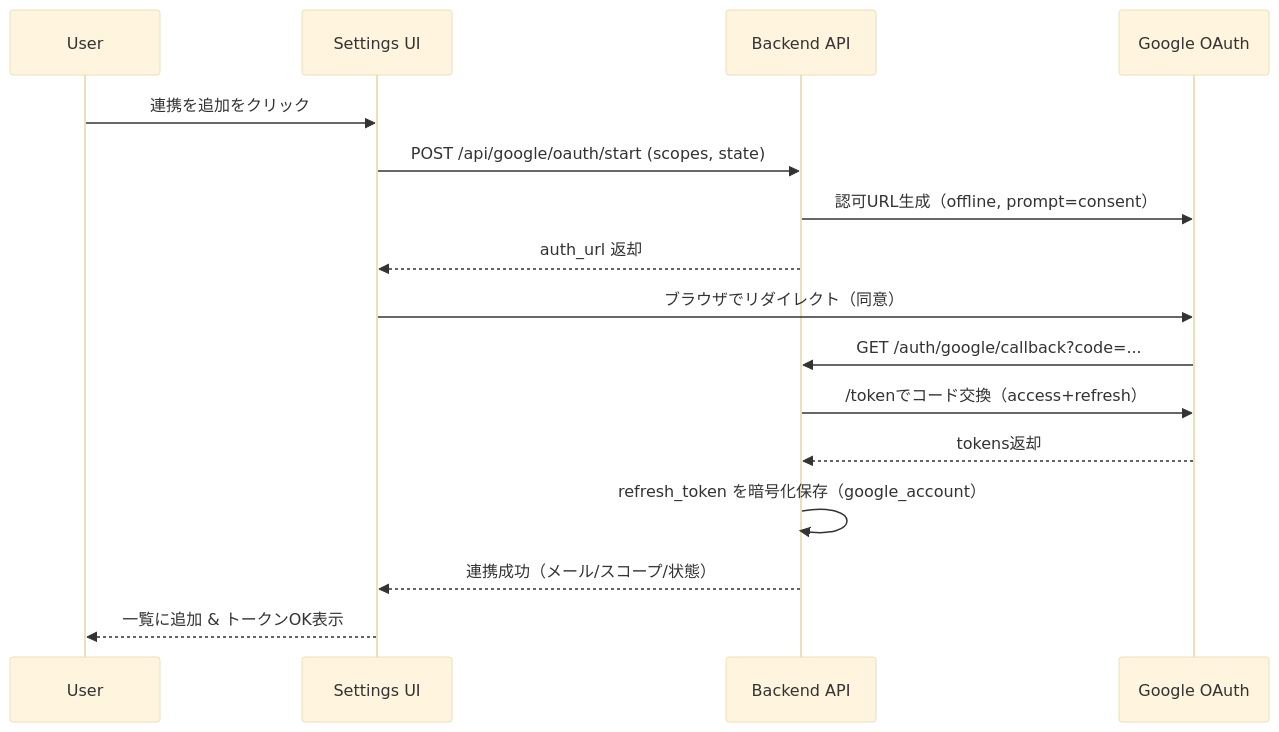
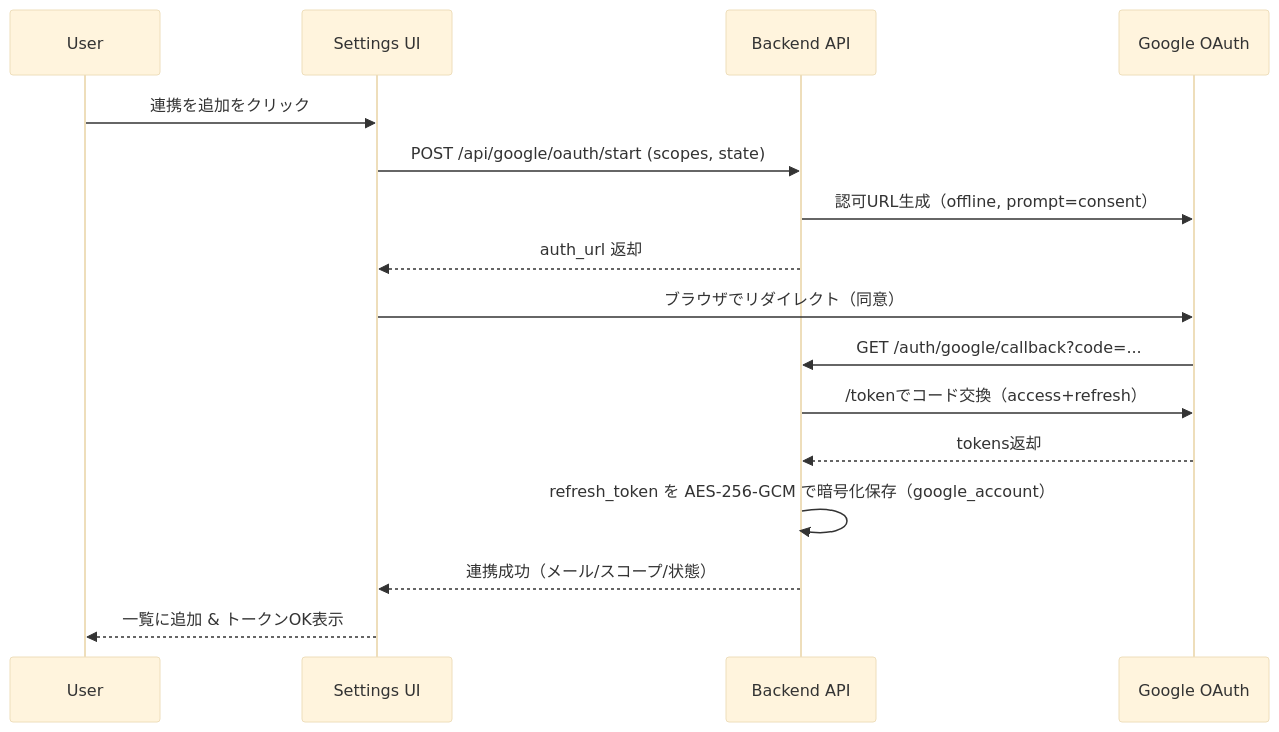
The third of 3 diagrams in requirements.md (kiyoteruhosoda/FlaskApp), drawn with Mermaid (base theme) before and after one commit. The commit also changed other lines of this file and 7 other files, not shown here.

````diff
--- a/requirements.md
+++ b/requirements.md
@@ -704,19 +704,19 @@
 ```mermaid
 sequenceDiagram
   participant U as User
   participant UI as Settings UI
   participant API as Backend API
   participant GA as Google OAuth
 
   U->>UI: 連携を追加をクリック
   UI->>API: POST /api/google/oauth/start (scopes, state)
   API->>GA: 認可URL生成（offline, prompt=consent）
   API-->>UI: auth_url 返却
   UI->>GA: ブラウザでリダイレクト（同意）
   GA->>API: GET /auth/google/callback?code=...
   API->>GA: /tokenでコード交換（access+refresh）
   GA-->>API: tokens返却
-  API->>API: refresh_token を暗号化保存（google_account）
+  API->>API: refresh_token を AES-256-GCM で暗号化保存（google_account）
   API-->>UI: 連携成功（メール/スコープ/状態）
   UI-->>U: 一覧に追加 & トークンOK表示
 ```
````
